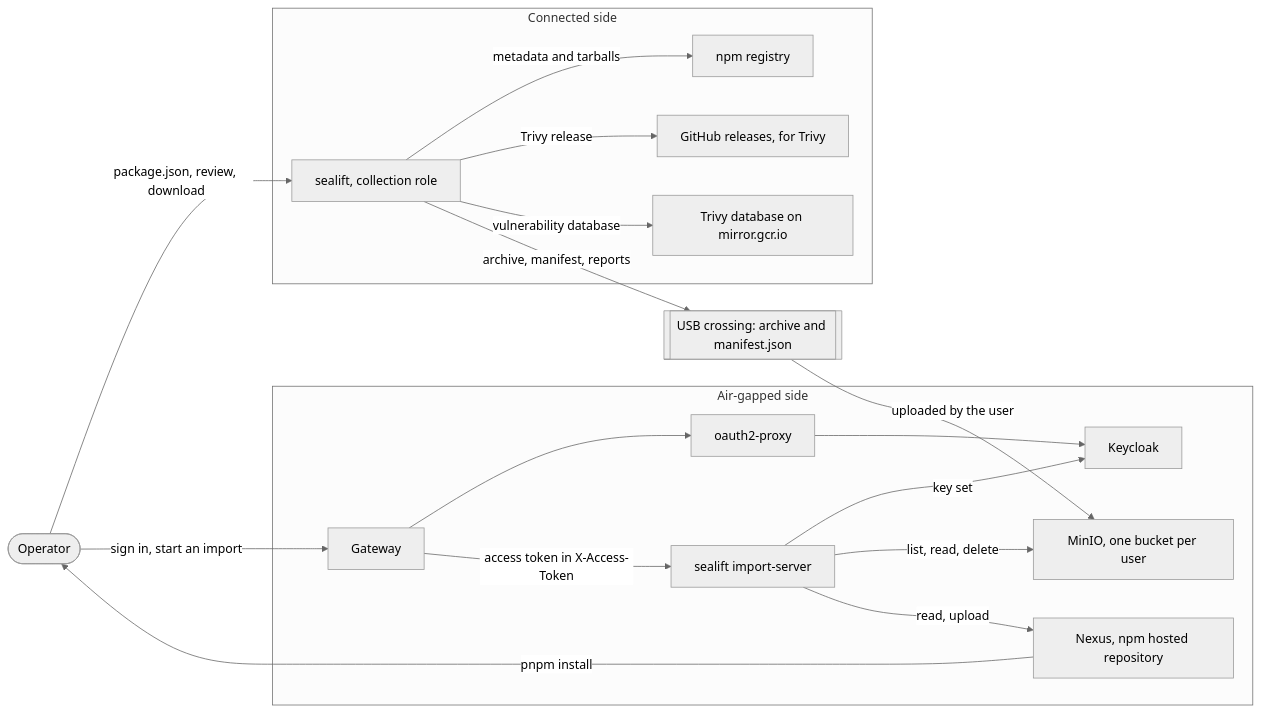
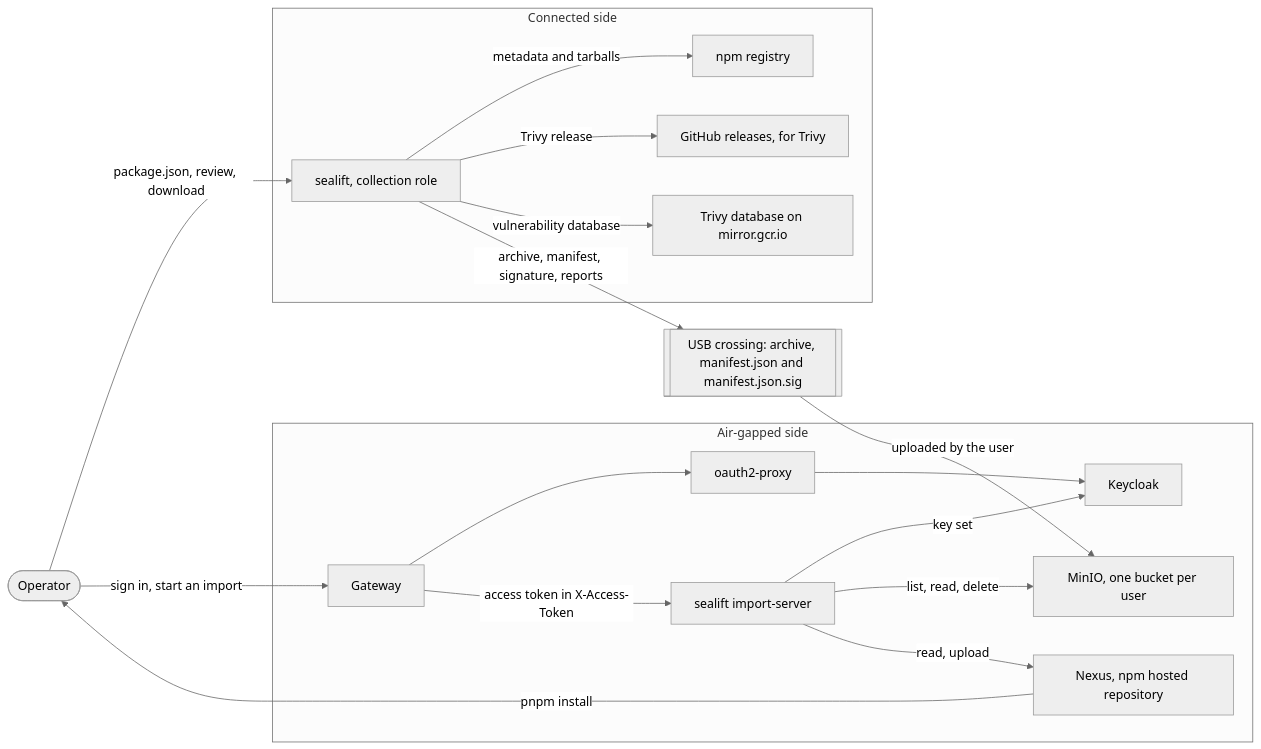
Before and after one commit to MorganKryze/sealift: the first of 3 diagrams in docs/overview.md, drawn with Mermaid (neutral theme). The commit also changed other lines of this file and 1 other file, not shown here.

Commit message:
docs: describe the crossing with its three files

````diff
--- a/docs/overview.md
+++ b/docs/overview.md
@@ -16,37 +16,37 @@
 ```mermaid
 flowchart LR
   user(["Operator"])
 
   subgraph connected["Connected side"]
     sealift["sealift, collection role"]
     npm["npm registry"]
     gh["GitHub releases, for Trivy"]
     db["Trivy database on mirror.gcr.io"]
   end
 
-  usb[["USB crossing: archive and manifest.json"]]
+  usb[["USB crossing: archive, manifest.json and manifest.json.sig"]]
 
   subgraph airgap["Air-gapped side"]
     gw["Gateway"]
     proxy["oauth2-proxy"]
     kc["Keycloak"]
     minio["MinIO, one bucket per user"]
     imp["sealift import-server"]
     nexus["Nexus, npm hosted repository"]
   end
 
   user -->|"package.json, review, download"| sealift
   sealift -->|"metadata and tarballs"| npm
   sealift -->|"Trivy release"| gh
   sealift -->|"vulnerability database"| db
-  sealift -->|"archive, manifest, reports"| usb
+  sealift -->|"archive, manifest, signature, reports"| usb
   usb -->|"uploaded by the user"| minio
   user -->|"sign in, start an import"| gw
   gw --> proxy
   proxy --> kc
   gw -->|"access token in X-Access-Token"| imp
   imp -->|"key set"| kc
   imp -->|"list, read, delete"| minio
   imp -->|"read, upload"| nexus
   nexus -->|"pnpm install"| user
 ```
````
